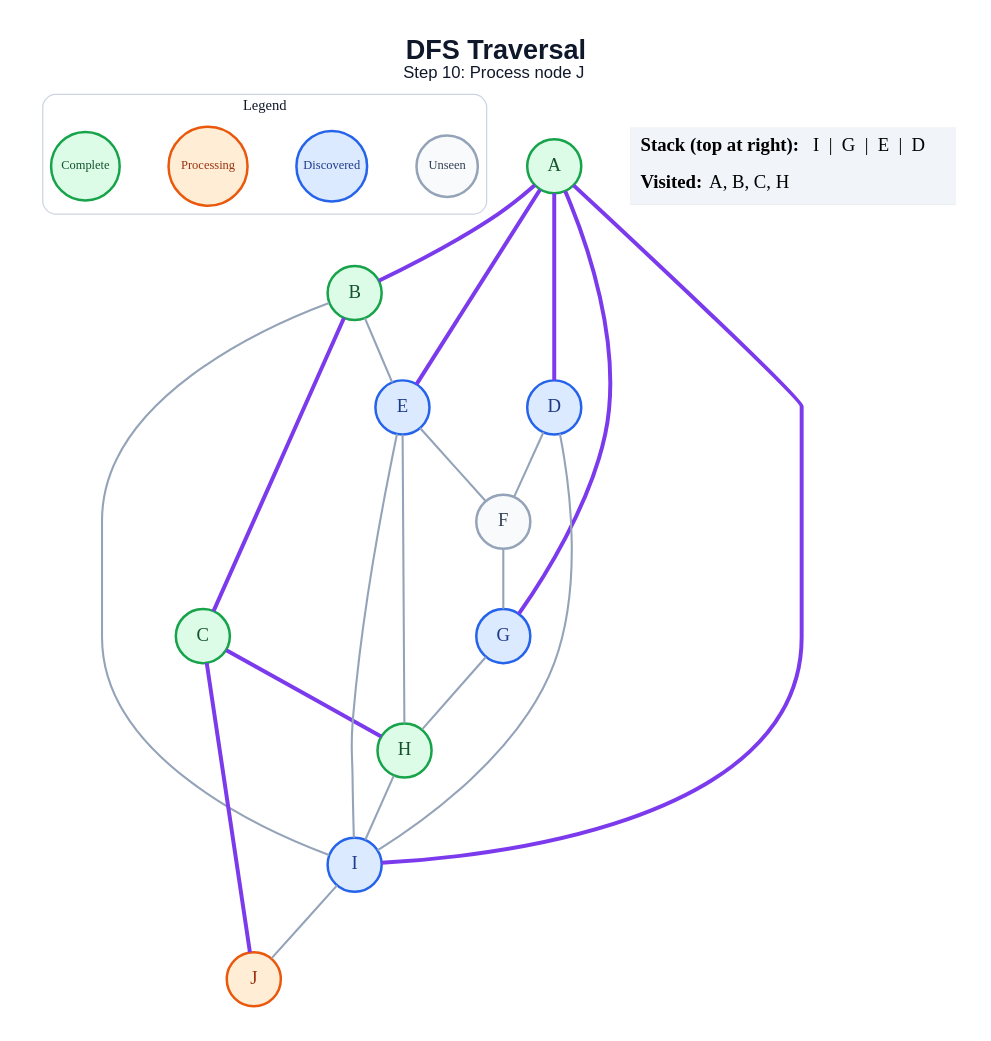
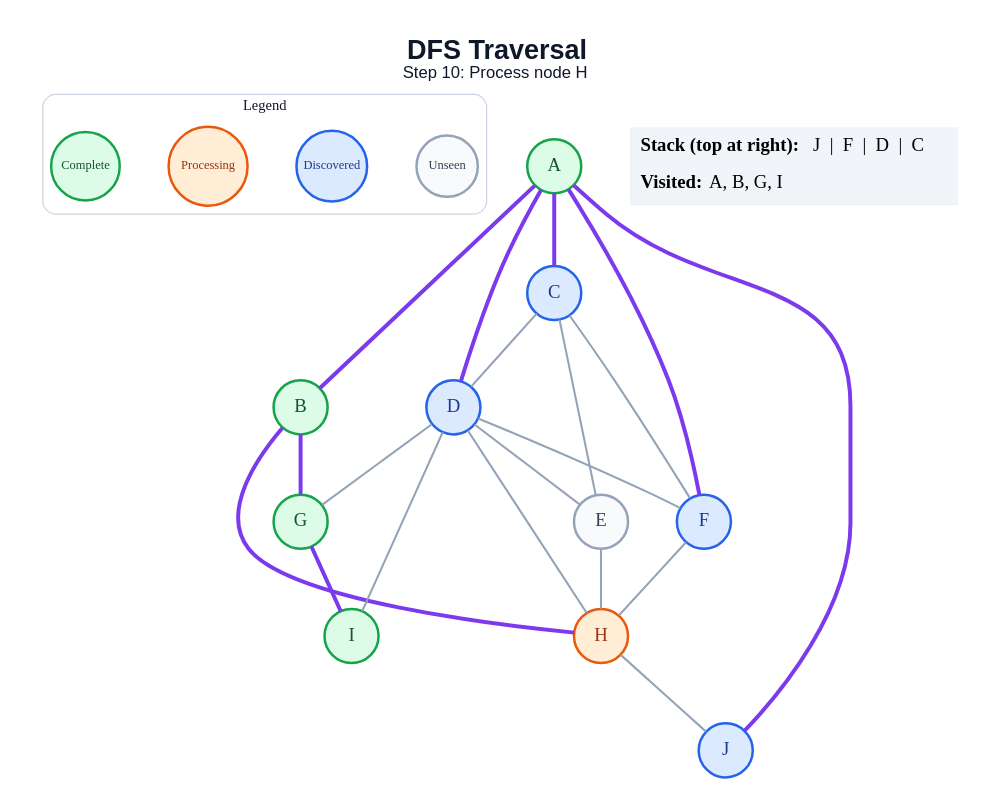
One commit to anon7238593-create/ai-slop changed the diagram in generated/dfs/step_10.dot. Above: the diagram before and after it, drawn with Graphviz. The commit also changed 178 other files, not shown here.

```diff
--- a/generated/dfs/step_10.dot
+++ b/generated/dfs/step_10.dot
@@ -1,48 +1,48 @@
 graph traversal {
   graph [layout=dot, rankdir=TB, bgcolor="#FFFFFF", pad="0.35", nodesep="0.65", ranksep="0.8", fontname="Arial"];
   node [shape=circle, style="filled", fontname="Arial Bold", fontsize=18, width=0.72, fixedsize=true, penwidth=2.4];
   edge [color="#94A3B8", penwidth=2.0];
-  label=<<B>DFS Traversal</B><BR/><FONT POINT-SIZE="16">Step 10: Process node J</FONT>>; labelloc="t"; fontsize=26; fontname="Arial"; fontcolor="#0F172A";
+  label=<<B>DFS Traversal</B><BR/><FONT POINT-SIZE="16">Step 10: Process node H</FONT>>; labelloc="t"; fontsize=26; fontname="Arial"; fontcolor="#0F172A";
   subgraph cluster_legend { label="Legend"; color="#CBD5E1"; penwidth=1.2; style="rounded"; fontsize=14; fontname="Arial Bold";
     key_unseen [label="Unseen", fillcolor="#F8FAFC", color="#94A3B8", fontcolor="#334155", fontsize=12, width=0.82];
     key_frontier [label="Discovered", fillcolor="#DBEAFE", color="#2563EB", fontcolor="#1E3A8A", fontsize=12, width=0.95];
     key_current [label="Processing", fillcolor="#FFEDD5", color="#EA580C", fontcolor="#9A3412", fontsize=12, width=1.05];
     key_done [label="Complete", fillcolor="#DCFCE7", color="#16A34A", fontcolor="#14532D", fontsize=12, width=0.92];
     { rank=same; key_unseen; key_frontier; key_current; key_done; }
   }
   A [fillcolor="#DCFCE7", color="#16A34A", fontcolor="#14532D"];
   B [fillcolor="#DCFCE7", color="#16A34A", fontcolor="#14532D"];
-  C [fillcolor="#DCFCE7", color="#16A34A", fontcolor="#14532D"];
+  C [fillcolor="#DBEAFE", color="#2563EB", fontcolor="#1E3A8A"];
   D [fillcolor="#DBEAFE", color="#2563EB", fontcolor="#1E3A8A"];
-  E [fillcolor="#DBEAFE", color="#2563EB", fontcolor="#1E3A8A"];
-  F [fillcolor="#F8FAFC", color="#94A3B8", fontcolor="#334155"];
-  G [fillcolor="#DBEAFE", color="#2563EB", fontcolor="#1E3A8A"];
-  H [fillcolor="#DCFCE7", color="#16A34A", fontcolor="#14532D"];
-  I [fillcolor="#DBEAFE", color="#2563EB", fontcolor="#1E3A8A"];
-  J [fillcolor="#FFEDD5", color="#EA580C", fontcolor="#9A3412"];
+  E [fillcolor="#F8FAFC", color="#94A3B8", fontcolor="#334155"];
+  F [fillcolor="#DBEAFE", color="#2563EB", fontcolor="#1E3A8A"];
+  G [fillcolor="#DCFCE7", color="#16A34A", fontcolor="#14532D"];
+  H [fillcolor="#FFEDD5", color="#EA580C", fontcolor="#9A3412"];
+  I [fillcolor="#DCFCE7", color="#16A34A", fontcolor="#14532D"];
+  J [fillcolor="#DBEAFE", color="#2563EB", fontcolor="#1E3A8A"];
   A -- B [color="#7C3AED", penwidth=3.8];
+  A -- C [color="#7C3AED", penwidth=3.8];
   A -- D [color="#7C3AED", penwidth=3.8];
-  A -- E [color="#7C3AED", penwidth=3.8];
-  A -- G [color="#7C3AED", penwidth=3.8];
-  A -- I [color="#7C3AED", penwidth=3.8];
-  B -- C [color="#7C3AED", penwidth=3.8];
-  B -- E;
-  B -- I;
-  C -- H [color="#7C3AED", penwidth=3.8];
-  C -- J [color="#7C3AED", penwidth=3.8];
+  A -- F [color="#7C3AED", penwidth=3.8];
+  A -- J [color="#7C3AED", penwidth=3.8];
+  B -- G [color="#7C3AED", penwidth=3.8];
+  B -- H [color="#7C3AED", penwidth=3.8];
+  C -- D;
+  C -- E;
+  C -- F;
+  D -- E;
   D -- F;
+  D -- G;
+  D -- H;
   D -- I;
-  E -- F;
   E -- H;
-  E -- I;
-  F -- G;
-  G -- H;
-  H -- I;
-  I -- J;
+  F -- H;
+  G -- I [color="#7C3AED", penwidth=3.8];
+  H -- J;
   status [shape=plain, fixedsize=false, width=0, height=0, margin=0, label=<
     <TABLE BORDER="0" CELLBORDER="0" CELLPADDING="7" BGCOLOR="#F1F5F9">
-      <TR><TD ALIGN="LEFT"><B>Stack (top at right):</B> I  |  G  |  E  |  D</TD></TR>
-      <TR><TD ALIGN="LEFT"><B>Visited:</B> A, B, C, H</TD></TR>
+      <TR><TD ALIGN="LEFT"><B>Stack (top at right):</B> J  |  F  |  D  |  C</TD></TR>
+      <TR><TD ALIGN="LEFT"><B>Visited:</B> A, B, G, I</TD></TR>
     </TABLE>
   >];
 }
```
